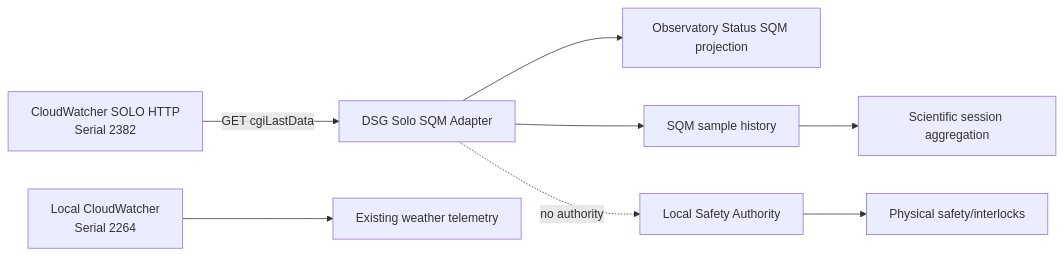
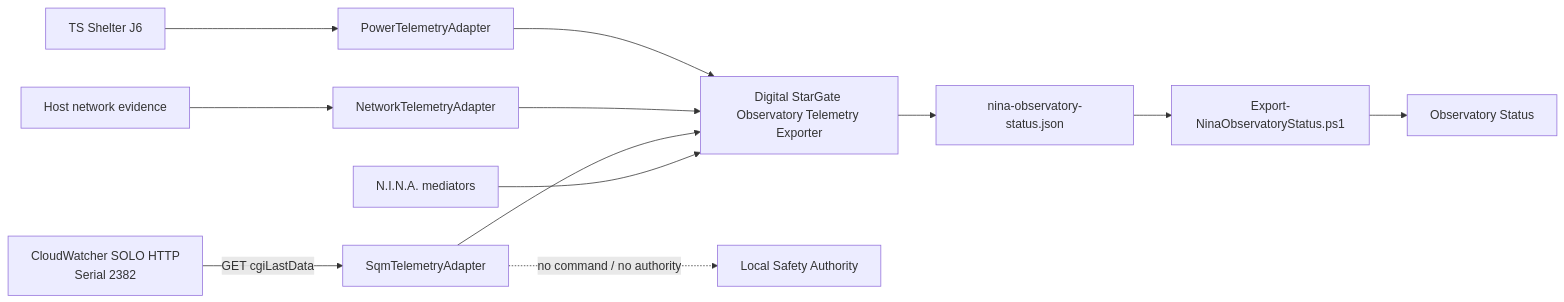
One commit to maininimassimo-bit/digital-stargate-manual changed the diagram in docs/architecture/telemetry/BKL-029-SQM-Source-Discovery-and-Architecture-Contract.md. Above: the diagram before and after it, drawn with Mermaid. The commit also changed other lines of this file, not shown here.

Commit message:
docs(telemetry): align SQM with NINA plugin boundary

````diff
--- a/docs/architecture/telemetry/BKL-029-SQM-Source-Discovery-and-Architecture-Contract.md
+++ b/docs/architecture/telemetry/BKL-029-SQM-Source-Discovery-and-Architecture-Contract.md
@@ -236,12 +69,16 @@
 ```mermaid
 flowchart LR
-    SOLO[CloudWatcher SOLO HTTP\nSerial 2382] -->|GET cgiLastData| Adapter[DSG Solo SQM Adapter]
-    Adapter --> RT[Observatory Status SQM projection]
-    Adapter --> History[SQM sample history]
-    History --> Session[Scientific session aggregation]
+    SOLO[CloudWatcher SOLO HTTP\nSerial 2382] -->|GET cgiLastData| SQM[SqmTelemetryAdapter]
+    NET[Host network evidence] --> NA[NetworkTelemetryAdapter]
+    J6[TS Shelter J6] --> PA[PowerTelemetryAdapter]
+    NINA[N.I.N.A. mediators] --> PLUGIN[Digital StarGate Observatory Telemetry Exporter]
+    SQM --> PLUGIN
+    NA --> PLUGIN
+    PA --> PLUGIN
+    PLUGIN --> LOCAL[nina-observatory-status.json]
+    LOCAL --> CANON[Export-NinaObservatoryStatus.ps1]
+    CANON --> PORTAL[Observatory Status]
 
-    LocalCW[Local CloudWatcher\nSerial 2264] --> Weather[Existing weather telemetry]
-    LocalSafety[Local Safety Authority] --> Interlock[Physical safety/interlocks]
-
-    Adapter -. no authority .-> LocalSafety
+    SAFETY[Local Safety Authority]
+    SQM -. no command / no authority .-> SAFETY
 ```
````
